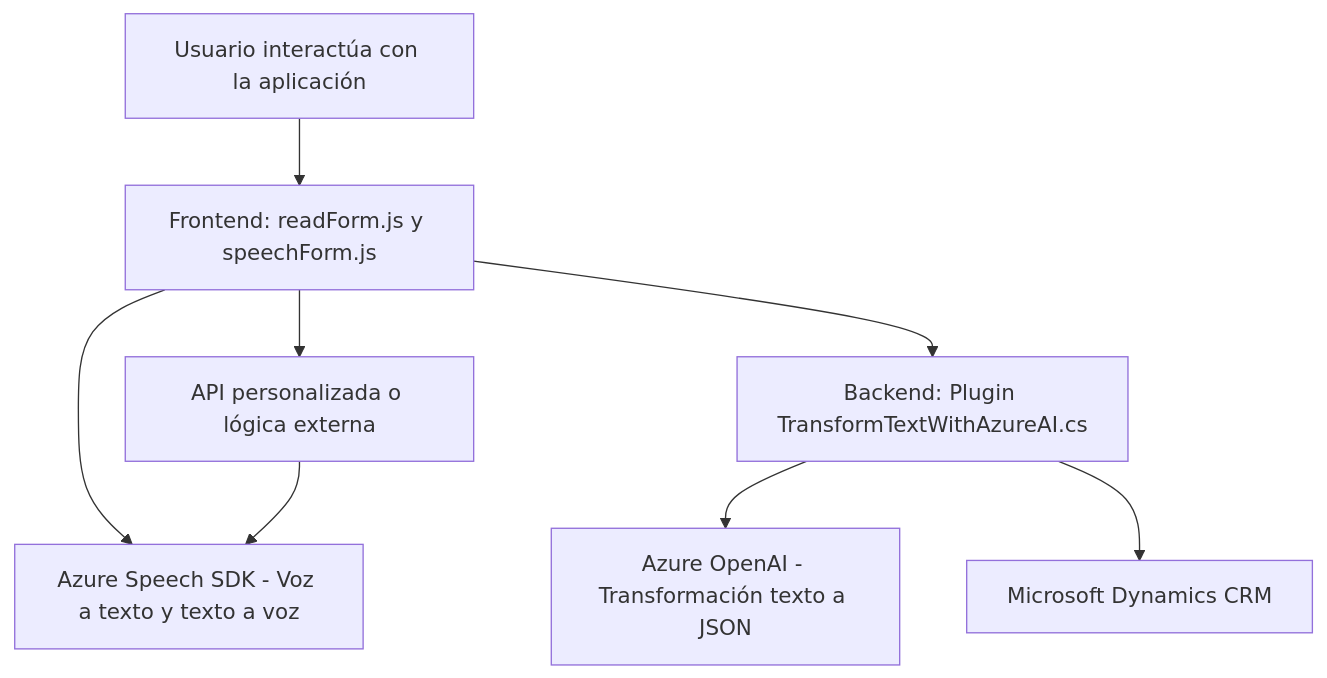
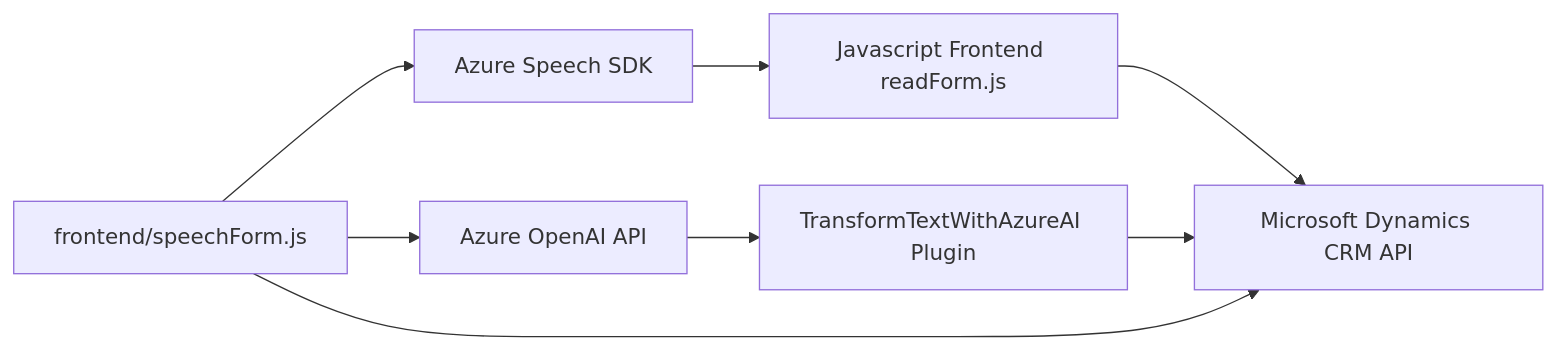
Before and after one commit to blopezdm/NETCORE_BILBAO2025: the diagram in README.md, drawn with Mermaid. The commit also changed other lines of this file, not shown here.

Commit message:
Actualizar análisis global de la solución con IA

````diff
--- a/README.md
+++ b/README.md
@@ -43,18 +50,10 @@
 ```mermaid
-graph TD
-    A["Usuario interactúa con la aplicación"]
-    B["Frontend: readForm.js y speechForm.js"]
-    C["Azure Speech SDK - Voz a texto y texto a voz"]
-    D["API personalizada o lógica externa"]
-    E["Backend: Plugin TransformTextWithAzureAI.cs"]
-    F["Azure OpenAI - Transformación texto a JSON"]
-    G["Microsoft Dynamics CRM"]
-
-    A --> B
-    B --> C
-    B --> D
-    D --> C
-    B --> E
-    E --> F
-    E --> G
+graph LR
+    A["Azure Speech SDK"] --> B["Javascript Frontend readForm.js"]
+    B --> C["Microsoft Dynamics CRM API"]
+    D["Azure OpenAI API"] --> E["TransformTextWithAzureAI Plugin"]
+    E --> C
+    F["frontend/speechForm.js"] --> C
+    F --> A
+    F --> D
 ```
````
